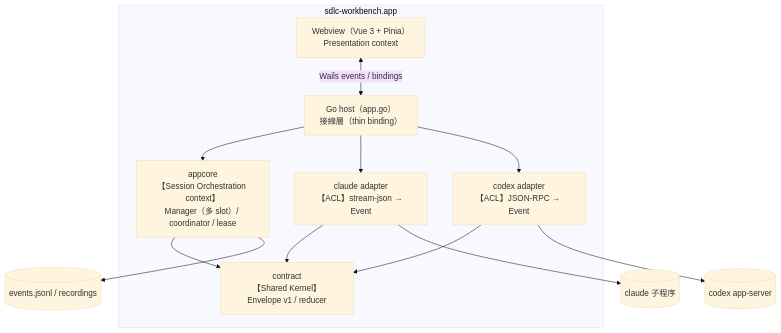
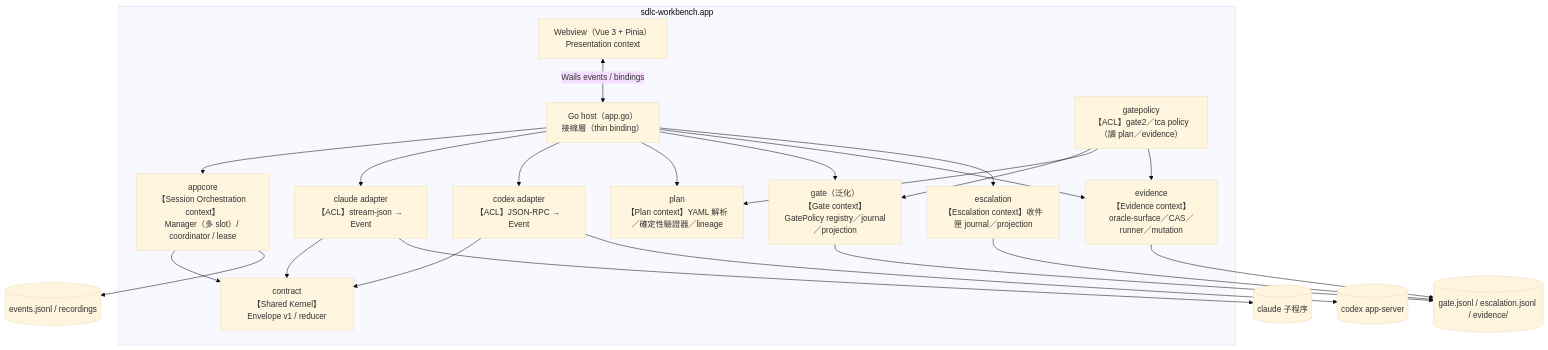
Before and after one commit to slam0504/ai-software-engineering: the diagram in docs/architecture/diagrams/c4-container.mmd, drawn with Mermaid (base theme). The commit also changed 8 other files, not shown here.

First line of the commit message:
docs: M3a features／diagrams／README＋.mmd 語法測試（BDD→DDD 收尾）

```diff
--- a/docs/architecture/diagrams/c4-container.mmd
+++ b/docs/architecture/diagrams/c4-container.mmd
@@ -1,20 +1,33 @@
 flowchart TB
   subgraph app["sdlc-workbench.app"]
     ui["Webview（Vue 3 + Pinia）<br/>Presentation context"]
     host["Go host（app.go）<br/>接線層（thin binding）"]
     core["appcore<br/>【Session Orchestration context】<br/>Manager（多 slot）/ coordinator / lease"]
     contract["contract<br/>【Shared Kernel】Envelope v1 / reducer"]
     ca["claude adapter<br/>【ACL】stream-json → Event"]
     xa["codex adapter<br/>【ACL】JSON-RPC → Event"]
+    plan["plan<br/>【Plan context】YAML 解析／確定性驗證器／lineage"]
+    gate["gate（泛化）<br/>【Gate context】GatePolicy registry／journal／projection"]
+    gp["gatepolicy<br/>【ACL】gate2／tca policy（讀 plan／evidence）"]
+    evd["evidence<br/>【Evidence context】oracle-surface／CAS／runner／mutation"]
+    esc["escalation<br/>【Escalation context】收件匣 journal／projection"]
   end
   cli1[("claude 子程序")]
   cli2[("codex app-server")]
   sink[("events.jsonl / recordings")]
+  sink2[("gate.jsonl / escalation.jsonl / evidence/")]
   ui <-->|"Wails events / bindings"| host
   host --> core
   core --> contract
   ca --> contract
   xa --> contract
   host --> ca --> cli1
   host --> xa --> cli2
   core --> sink
+  host --> plan & gate & evd & esc
+  gp --> gate
+  gp --> plan
+  gp --> evd
+  gate --> sink2
+  evd --> sink2
+  esc --> sink2
```
